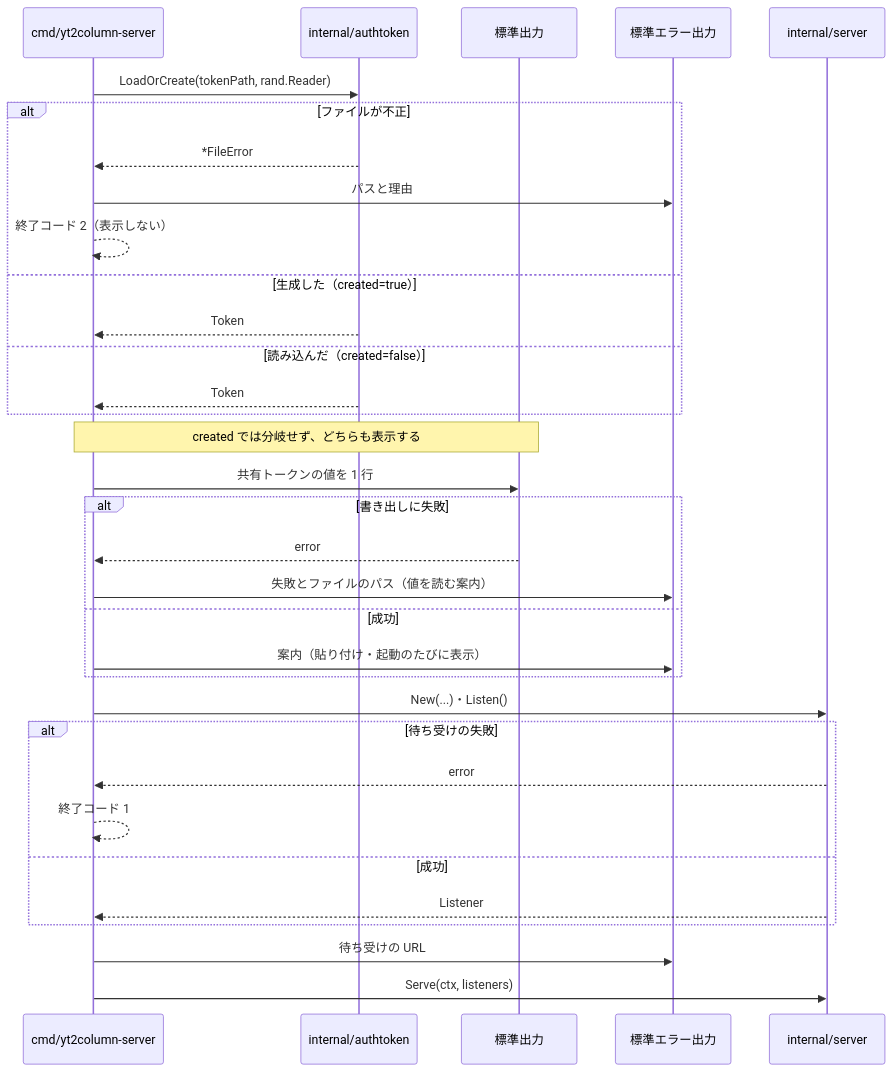
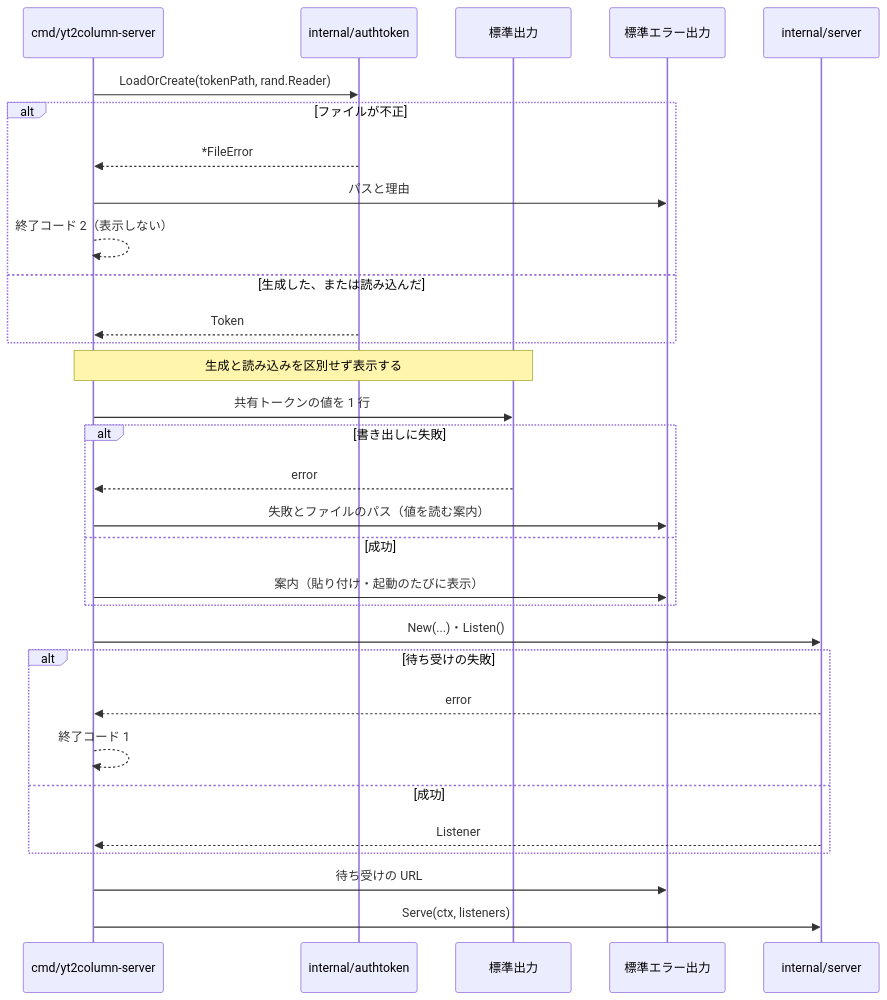
Before and after one commit to isseis/yt2column: the ninth of 9 diagrams in docs/tasks/0021_shared_token_display/02_architecture.md, drawn with Mermaid. The commit also changed other lines of this file and 1 other file, not shown here.

First line of the commit message:
docs(0021): drop created from LoadOrCreate and ignore SIGPIPE in the plan

````diff
--- a/docs/tasks/0021_shared_token_display/02_architecture.md
+++ b/docs/tasks/0021_shared_token_display/02_architecture.md
@@ -388,36 +390,34 @@
 ```mermaid
 sequenceDiagram
     participant M as cmd/yt2column-server
     participant T as internal/authtoken
     participant O as 標準出力
     participant E as 標準エラー出力
     participant S as internal/server
 
     M->>T: LoadOrCreate(tokenPath, rand.Reader)
     alt ファイルが不正
         T-->>M: *FileError
         M->>E: パスと理由
         M-->>M: 終了コード 2（表示しない）
-    else 生成した（created=true）
-        T-->>M: Token
-    else 読み込んだ（created=false）
+    else 生成した、または読み込んだ
         T-->>M: Token
     end
-    Note over M,O: created では分岐せず、どちらも表示する
+    Note over M,O: 生成と読み込みを区別せず表示する
     M->>O: 共有トークンの値を 1 行
     alt 書き出しに失敗
         O-->>M: error
         M->>E: 失敗とファイルのパス（値を読む案内）
     else 成功
         M->>E: 案内（貼り付け・起動のたびに表示）
     end
     M->>S: New(...)・Listen()
     alt 待ち受けの失敗
         S-->>M: error
         M-->>M: 終了コード 1
     else 成功
         S-->>M: Listener
     end
     M->>E: 待ち受けの URL
     M->>S: Serve(ctx, listeners)
 ```
````
